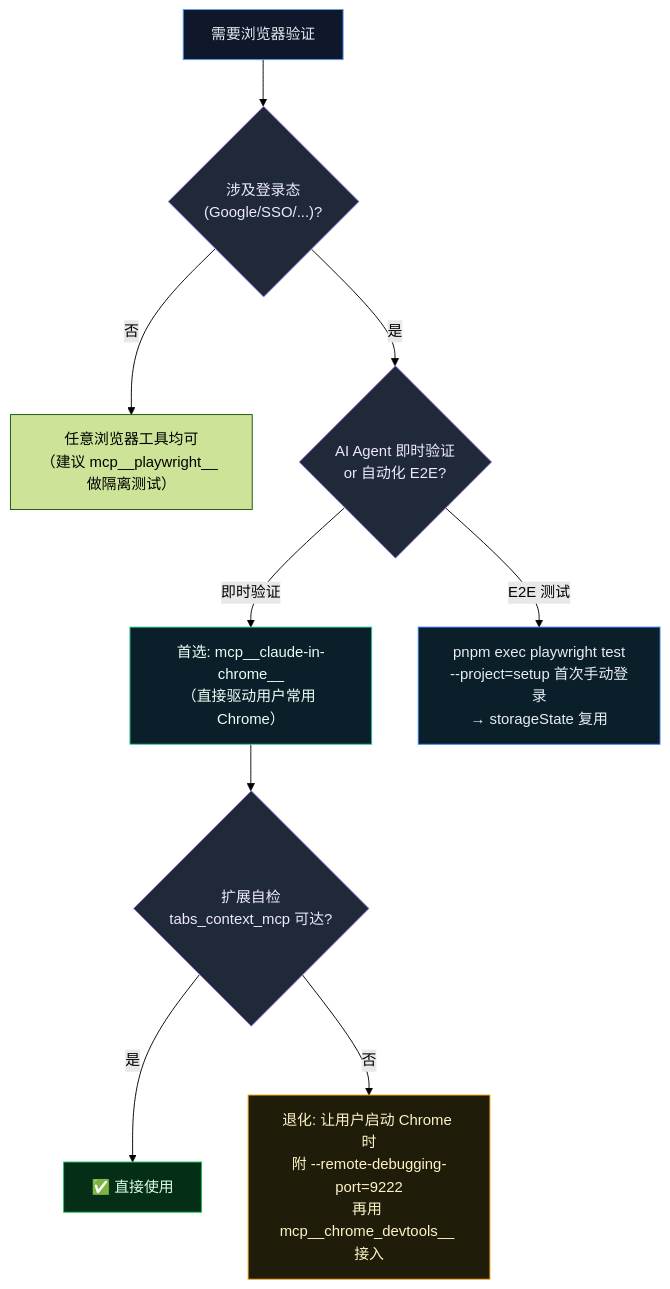
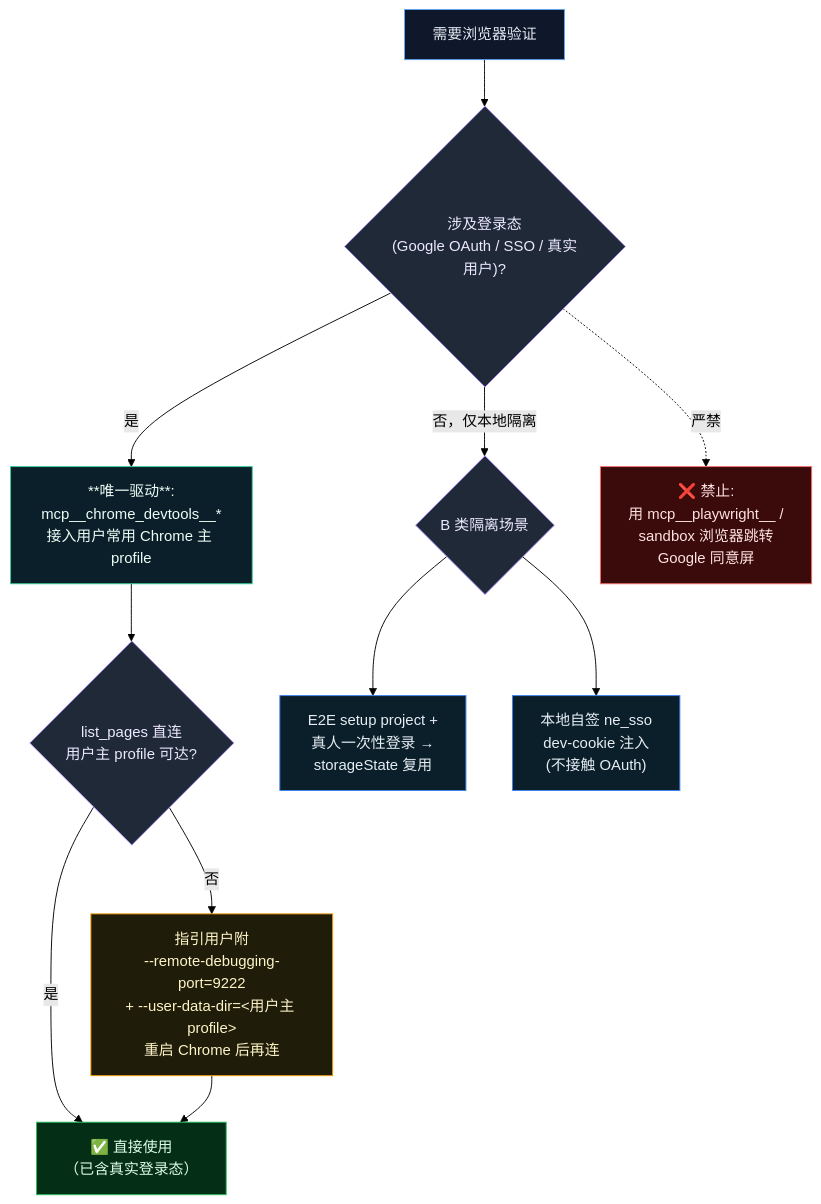
The first of 2 diagrams in docs/agents/browser-validation.md (ThreeFish-AI/negentropy), drawn with Mermaid (forest theme) before and after one commit. The commit also changed other lines of this file and 3 other files, not shown here.

First line of the commit message:
docs(browser-validation): 统一浏览器验证唯一驱动为 mcp__chrome_devtools__*，强制复用真实登录用户; (#464)

````diff
--- a/docs/agents/browser-validation.md
+++ b/docs/agents/browser-validation.md
@@ -32,20 +36,26 @@
 ```mermaid
 flowchart TD
-  Start["需要浏览器验证"] --> NeedAuth{"涉及登录态<br/>(Google/SSO/...)?"}
-  NeedAuth -->|否| Free["任意浏览器工具均可<br/>（建议 mcp__playwright__ 做隔离测试）"]
-  NeedAuth -->|是| Mode{"AI Agent 即时验证<br/>or 自动化 E2E?"}
-  Mode -->|即时验证| Primary["首选: mcp__claude-in-chrome__<br/>（直接驱动用户常用 Chrome）"]
-  Primary --> Reachable{"扩展自检<br/>tabs_context_mcp 可达?"}
-  Reachable -->|是| Use1["✅ 直接使用"]
-  Reachable -->|否| Fallback["退化: 让用户启动 Chrome 时<br/>附 --remote-debugging-port=9222<br/>再用 mcp__chrome_devtools__ 接入"]
-  Mode -->|E2E 测试| E2E["pnpm exec playwright test<br/>--project=setup 首次手动登录<br/>→ storageState 复用"]
+  Start["需要浏览器验证"] --> NeedAuth{"涉及登录态<br/>(Google OAuth / SSO / 真实用户)?"}
+  NeedAuth -->|是| Driver["**唯一驱动**:<br/>mcp__chrome_devtools__*<br/>接入用户常用 Chrome 主 profile"]
+  Driver --> Reachable{"list_pages 直连<br/>用户主 profile 可达?"}
+  Reachable -->|是| Use1["✅ 直接使用<br/>（已含真实登录态）"]
+  Reachable -->|否| Fallback["指引用户附<br/>--remote-debugging-port=9222<br/>+ --user-data-dir=&lt;用户主 profile&gt;<br/>重启 Chrome 后再连"]
+  Fallback --> Use1
+  NeedAuth -->|否，仅本地隔离| BType{"B 类隔离场景"}
+  BType --> E2E["E2E setup project +<br/>真人一次性登录 →<br/>storageState 复用"]
+  BType --> DevCookie["本地自签 ne_sso<br/>dev-cookie 注入<br/>(不接触 OAuth)"]
+
+  Forbid["❌ 禁止:<br/>用 mcp__playwright__ /<br/>sandbox 浏览器跳转<br/>Google 同意屏"]
+  NeedAuth -.->|严禁| Forbid
 
   style Start fill:#0f172a,stroke:#60a5fa,color:#e2e8f0
-  style Primary fill:#0b1f2a,stroke:#34d399,color:#ecfdf5
+  style Driver fill:#0b1f2a,stroke:#34d399,color:#ecfdf5
   style Use1 fill:#052e16,stroke:#22c55e,color:#dcfce7
   style Fallback fill:#1f1d0a,stroke:#f59e0b,color:#fef3c7
   style E2E fill:#0b1f2a,stroke:#3b82f6,color:#e6edf3
+  style DevCookie fill:#0b1f2a,stroke:#3b82f6,color:#e6edf3
   style NeedAuth fill:#1f2937,stroke:#a78bfa,color:#ede9fe
-  style Mode fill:#1f2937,stroke:#a78bfa,color:#ede9fe
   style Reachable fill:#1f2937,stroke:#a78bfa,color:#ede9fe
+  style BType fill:#1f2937,stroke:#a78bfa,color:#ede9fe
+  style Forbid fill:#3b0a0a,stroke:#f87171,color:#fee2e2
 ```
````
